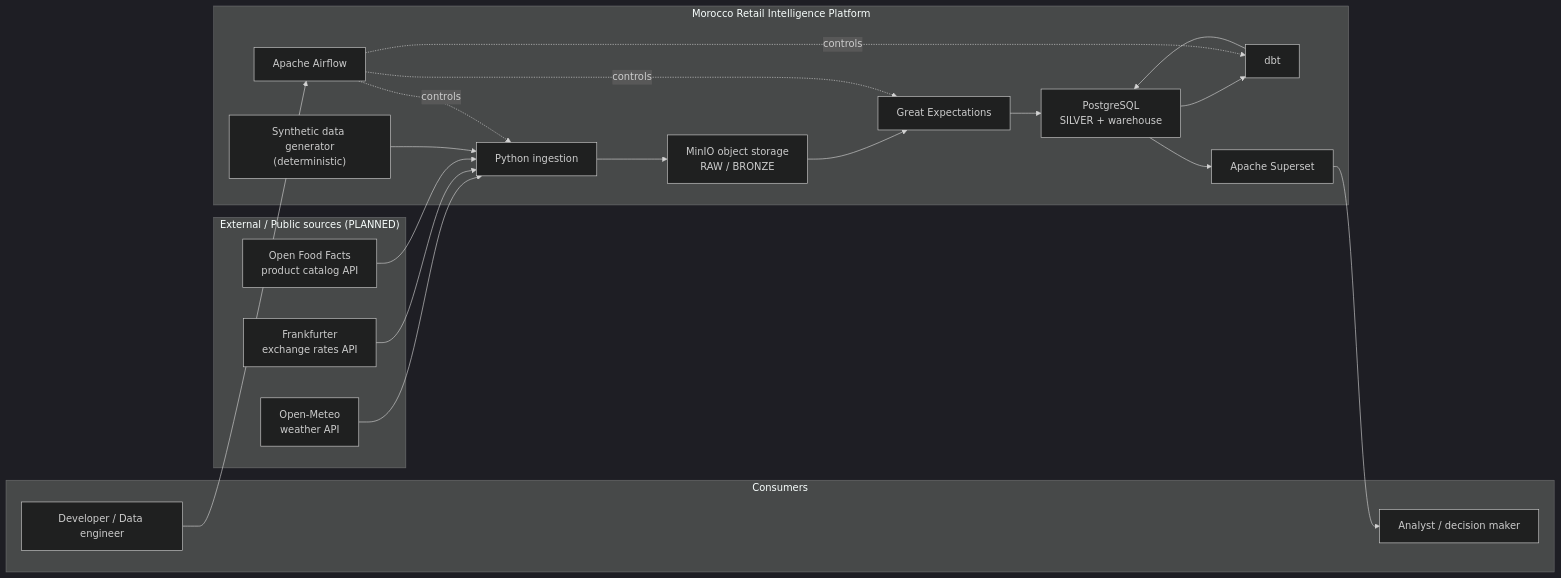
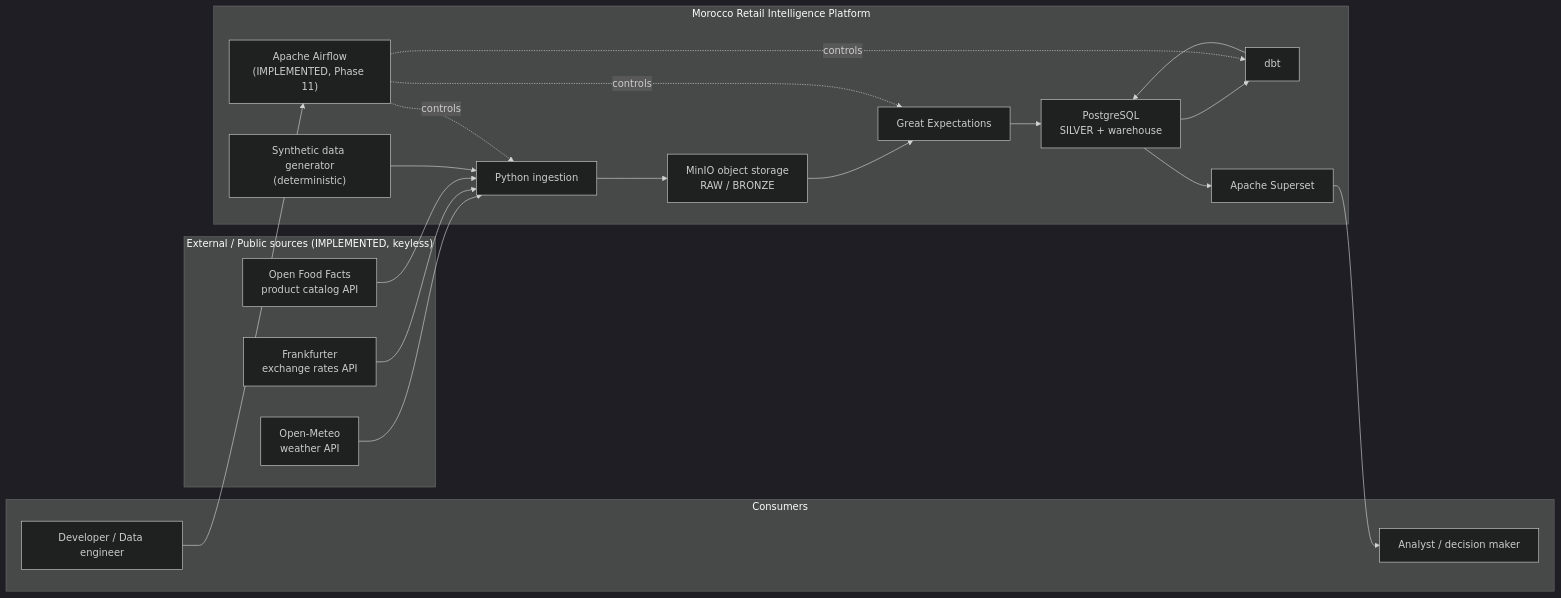
The first of 3 diagrams in ARCHITECTURE.md (youssefelbajoury/morocco-retail-intelligence-data-platform), drawn with Mermaid (dark theme) before and after one commit. The commit also changed other lines of this file and 286 other files, not shown here.

````diff
--- a/ARCHITECTURE.md
+++ b/ARCHITECTURE.md
@@ -21,40 +35,40 @@
 ```mermaid
 flowchart LR
-    subgraph External["External / Public sources (PLANNED)"]
+    subgraph External["External / Public sources (IMPLEMENTED, keyless)"]
         WX["Open-Meteo<br/>weather API"]
         FX["Frankfurter<br/>exchange rates API"]
         OFF["Open Food Facts<br/>product catalog API"]
     end
 
     subgraph Platform["Morocco Retail Intelligence Platform"]
         GEN["Synthetic data generator<br/>(deterministic)"]
         ING["Python ingestion"]
         OBJ["MinIO object storage<br/>RAW / BRONZE"]
         DQ["Great Expectations"]
         PG["PostgreSQL<br/>SILVER + warehouse"]
         DBT["dbt"]
-        ORCH["Apache Airflow"]
+        ORCH["Apache Airflow<br/>(IMPLEMENTED, Phase 11)"]
         BI["Apache Superset"]
     end
 
     subgraph Users["Consumers"]
         DEV["Developer / Data engineer"]
         ANA["Analyst / decision maker"]
     end
 
     WX --> ING
     FX --> ING
     OFF --> ING
     GEN --> ING
     ING --> OBJ
     OBJ --> DQ
     DQ --> PG
     PG --> DBT
     DBT --> PG
     PG --> BI
     ORCH -. controls .-> ING
     ORCH -. controls .-> DBT
     ORCH -. controls .-> DQ
     BI --> ANA
     DEV --> ORCH
 ```
````
